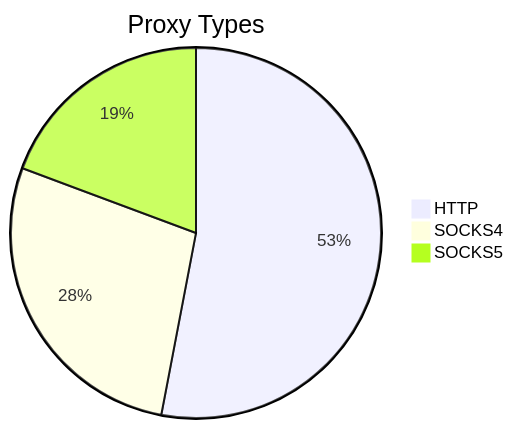
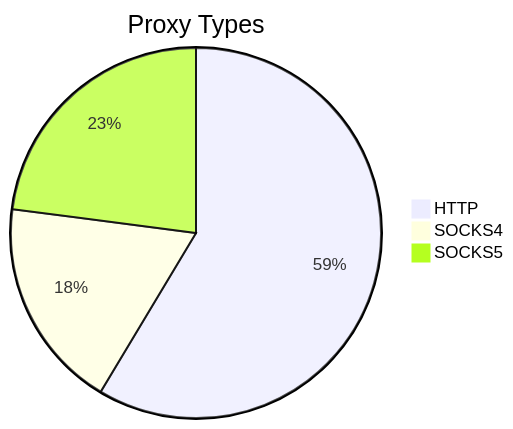
One commit to stormsia/proxy-list changed the first of 2 diagrams in README.md. Above: the diagram before and after it, drawn with Mermaid. The commit also changed other lines of this file, not shown here.

````diff
--- a/README.md
+++ b/README.md
@@ -21,6 +21,6 @@
 ```mermaid
 pie title Proxy Types
-    "HTTP" : 247
-    "SOCKS4" : 129
-    "SOCKS5" : 90
+    "HTTP" : 235
+    "SOCKS4" : 74
+    "SOCKS5" : 92
 ```
````
